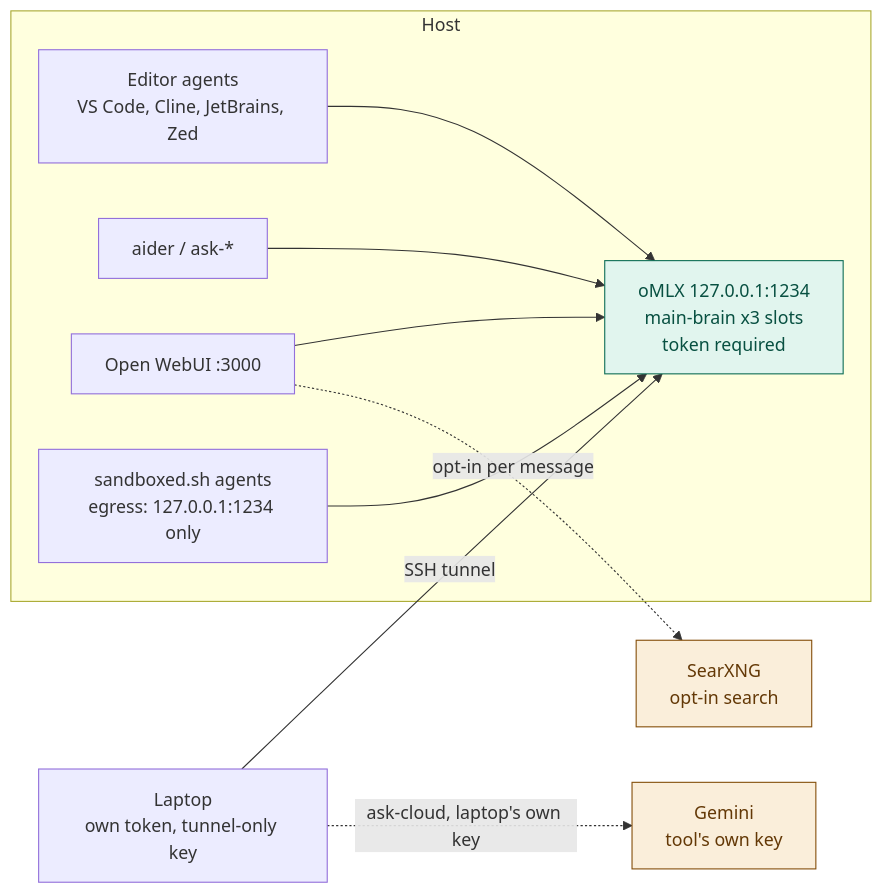
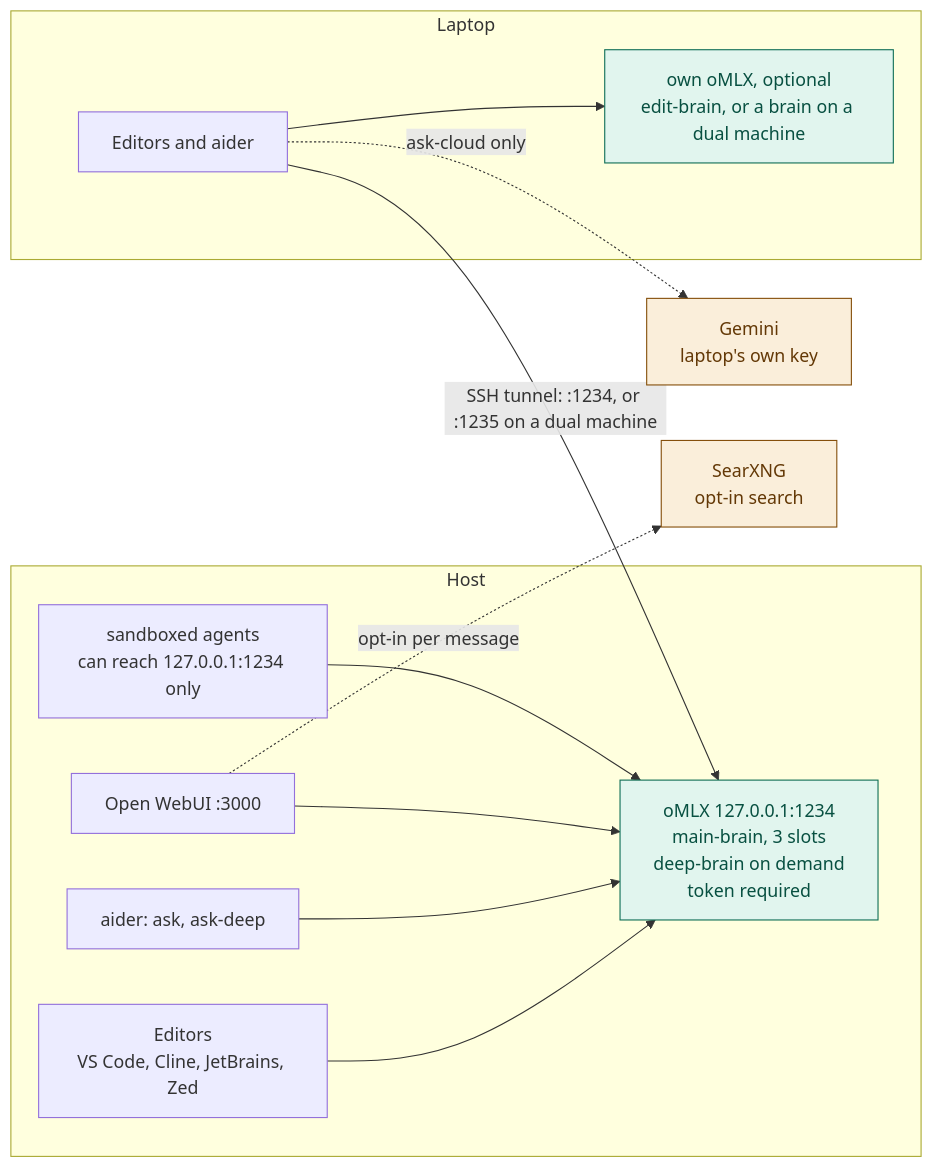
Before and after one commit to ouster/hearth: the diagram in README.md, drawn with Mermaid. The commit also changed other lines of this file and 6 other files, not shown here.

First line of the commit message:
Rework the README for newcomers, and fix dual-mode ask and loop-guard double counting.

````diff
--- a/README.md
+++ b/README.md
@@ -73,26 +534,30 @@
 ```mermaid
 flowchart LR
     subgraph host["Host"]
-        zed["Editor agents<br/>VS Code, Cline, JetBrains, Zed"]
-        aider["aider / ask-*"]
+        editors["Editors<br/>VS Code, Cline, JetBrains, Zed"]
+        aider["aider: ask, ask-deep"]
         webui["Open WebUI :3000"]
-        sbx["sandboxed.sh agents<br/>egress: 127.0.0.1:1234 only"]
-        srv["oMLX 127.0.0.1:1234<br/>main-brain x3 slots<br/>token required"]
+        sbx["sandboxed agents<br/>can reach 127.0.0.1:1234 only"]
+        srv["oMLX 127.0.0.1:1234<br/>main-brain, 3 slots<br/>deep-brain on demand<br/>token required"]
     end
-    laptop["Laptop<br/>own token, tunnel-only key"]
-    cloud["Gemini<br/>tool's own key"]
+    subgraph laptop["Laptop"]
+        lapps["Editors and aider"]
+        own["own oMLX, optional<br/>edit-brain, or a brain on a dual machine"]
+    end
+    cloud["Gemini<br/>laptop's own key"]
     searx["SearXNG<br/>opt-in search"]
 
-    zed --> srv
+    editors --> srv
     aider --> srv
     webui --> srv
     sbx --> srv
-    laptop -->|"SSH tunnel"| srv
-    laptop -.->|"ask-cloud, laptop's own key"| cloud
+    lapps -->|"SSH tunnel: :1234, or :1235 on a dual machine"| srv
+    lapps --> own
+    lapps -.->|"ask-cloud only"| cloud
     webui -.->|"opt-in per message"| searx
 
     classDef localCls fill:#E1F5EE,stroke:#0F6E56,color:#085041
     classDef leaveCls fill:#FAEEDA,stroke:#854F0B,color:#633806
-    class srv localCls
+    class srv,own localCls
     class cloud,searx leaveCls
 ```
````
